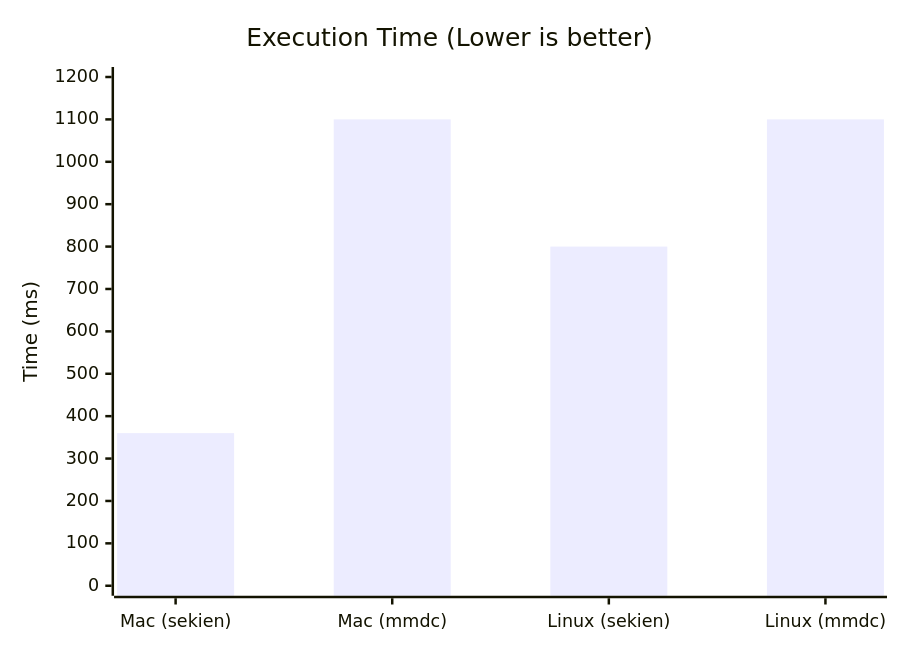
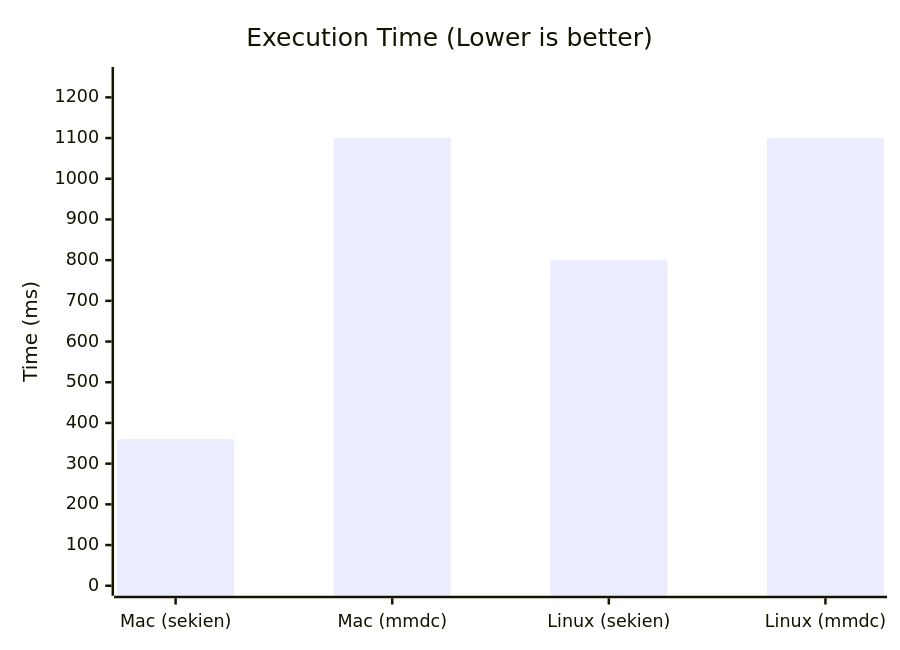
One commit to olibrauma/sekien changed the first of 2 diagrams in README.md. Above: the diagram before and after it, drawn with Mermaid. The commit also changed other lines of this file, not shown here.

````diff
--- a/README.md
+++ b/README.md
@@ -31,7 +28,7 @@
 ```mermaid
 xychart-beta
     title "Execution Time (Lower is better)"
     x-axis ["Mac (sekien)", "Mac (mmdc)", "Linux (sekien)", "Linux (mmdc)"]
-    y-axis "Time (ms)" 0 --> 1200
+    y-axis "Time (ms)" 0 --> 1250
     bar [360, 1100, 800, 1100]
 ```
````
